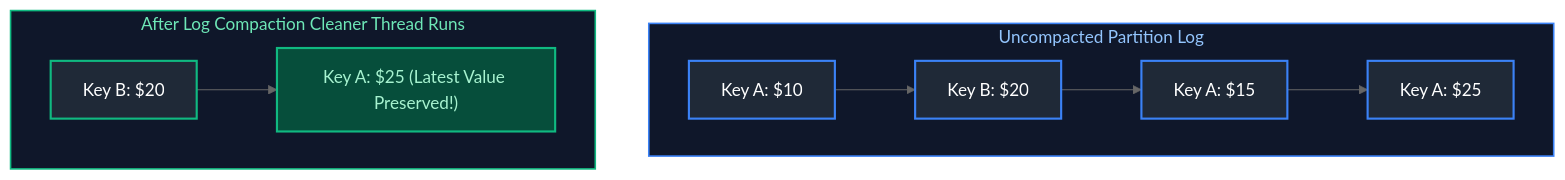
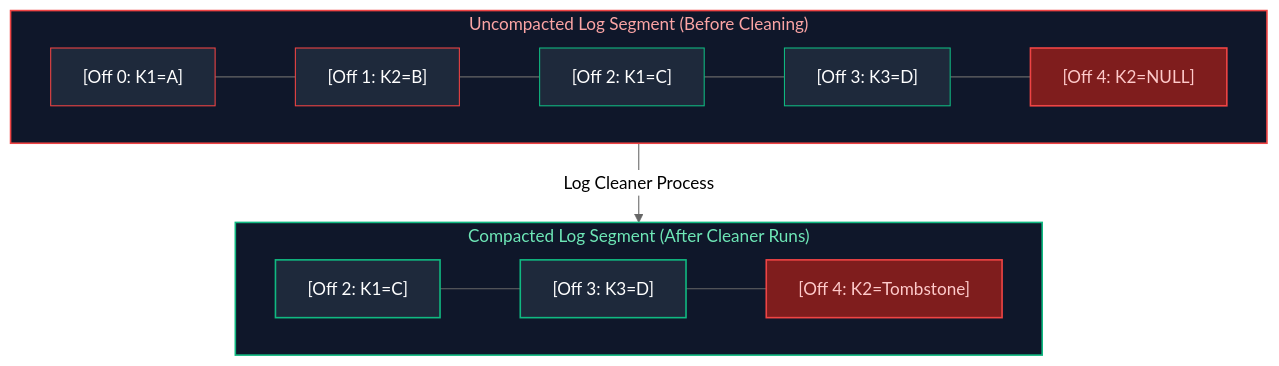
Before and after one commit to joydeep-biswas/Interview-Preparation: the sixth of 14 diagrams in Data Engineering/11_streaming_and_kafka_event_streaming.md, drawn with Mermaid (neutral theme). The commit also changed other lines of this file and 143 other files, not shown here.

````diff
--- a/Data Engineering/11_streaming_and_kafka_event_streaming.md
+++ b/Data Engineering/11_streaming_and_kafka_event_streaming.md
@@ -329,20 +324,25 @@
 ```mermaid
 flowchart TD
-    subgraph UncompactedLog ["Uncompacted Partition Log"]
-        K1_v1["Key A: $10"] --> K2_v1["Key B: $20"] --> K1_v2["Key A: $15"] --> K1_v3["Key A: $25"]
+    subgraph DirtyLog ["Uncompacted Log Segment (Before Cleaning)"]
+        direction LR
+        M1["[Off 0: K1=A]"] --- M2["[Off 1: K2=B]"] --- M3["[Off 2: K1=C]"] --- M4["[Off 3: K3=D]"] --- M5["[Off 4: K2=NULL]"]
     end
 
-    subgraph CompactedLog ["After Log Compaction Cleaner Thread Runs"]
-        ResB["Key B: $20"] --> ResA["Key A: $25 (Latest Value Preserved!)"]
+    subgraph CleanLog ["Compacted Log Segment (After Cleaner Runs)"]
+        direction LR
+        C1["[Off 2: K1=C]"] --- C2["[Off 3: K3=D]"] --- C3["[Off 4: K2=Tombstone]"]
     end
 
-    style UncompactedLog fill:#0f172a,stroke:#3b82f6,stroke-width:1.5px,color:#93c5fd
-    style CompactedLog fill:#0f172a,stroke:#10b981,stroke-width:1.5px,color:#6ee7b7
+    DirtyLog -->|"Log Cleaner Process"| CleanLog
 
-    style K1_v1 fill:#1f2937,stroke:#3b82f6,stroke-width:2px,color:#fff
-    style K2_v1 fill:#1f2937,stroke:#3b82f6,stroke-width:2px,color:#fff
-    style K1_v2 fill:#1f2937,stroke:#3b82f6,stroke-width:2px,color:#fff
-    style K1_v3 fill:#1f2937,stroke:#3b82f6,stroke-width:2px,color:#fff
-    style ResB fill:#1f2937,stroke:#10b981,stroke-width:2px,color:#fff
-    style ResA fill:#064e3b,stroke:#10b981,stroke-width:2px,color:#a7f3d0
+    style DirtyLog fill:#0f172a,stroke:#ef4444,stroke-width:1.5px,color:#fca5a5
+    style CleanLog fill:#0f172a,stroke:#10b981,stroke-width:1.5px,color:#6ee7b7
+    style M1 fill:#1e293b,stroke:#ef4444,stroke-width:1px,color:#fff
+    style M2 fill:#1e293b,stroke:#ef4444,stroke-width:1px,color:#fff
+    style M3 fill:#1e293b,stroke:#10b981,stroke-width:1px,color:#fff
+    style M4 fill:#1e293b,stroke:#10b981,stroke-width:1px,color:#fff
+    style M5 fill:#7f1d1d,stroke:#ef4444,stroke-width:1.5px,color:#fecaca
+    style C1 fill:#1e293b,stroke:#10b981,stroke-width:1.5px,color:#fff
+    style C2 fill:#1e293b,stroke:#10b981,stroke-width:1.5px,color:#fff
+    style C3 fill:#7f1d1d,stroke:#ef4444,stroke-width:1.5px,color:#fecaca
 ```
````
